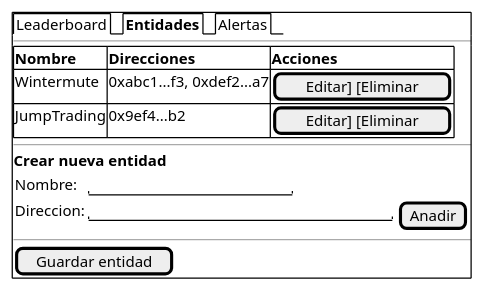
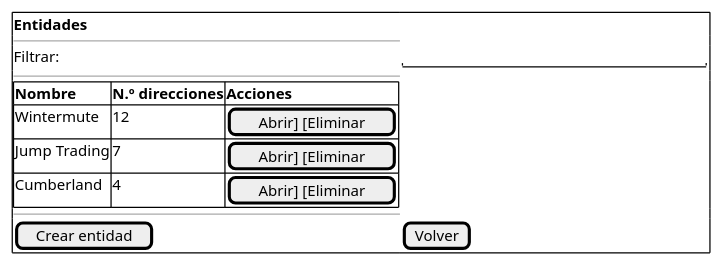
Before and after one commit to nekiiiiis/tfg: the diagram in modelosUML/capitulo2/prototipo-entidades.puml, drawn with PlantUML. The commit also changed 60 other files, not shown here.

First line of the commit message:
Actualiza capítulo 2: documentación, diagramas CU y prototipos.

```diff
--- a/modelosUML/capitulo2/prototipo-entidades.puml
+++ b/modelosUML/capitulo2/prototipo-entidades.puml
@@ -1,19 +1,16 @@
 @startsalt
 {+
-  {/ Leaderboard | <b>Entidades | Alertas }
+  <b>Entidades
+  ---
+  Filtrar: | "                              "
   ---
   {#
-    <b>Nombre      | <b>Direcciones                   | <b>Acciones
-    Wintermute  | 0xabc1...f3, 0xdef2...a7        | [Editar] [Eliminar]
-    JumpTrading | 0x9ef4...b2                     | [Editar] [Eliminar]
+    <b>Nombre        | <b>N.º direcciones | <b>Acciones
+    Wintermute     | 12                 | [Abrir] [Eliminar]
+    Jump Trading   | 7                  | [Abrir] [Eliminar]
+    Cumberland     | 4                  | [Abrir] [Eliminar]
   }
   ---
-  <b>Crear nueva entidad
-  {
-    Nombre:    | "                    "
-    Direccion: | "                              " | [Anadir]
-  }
-  ---
-  [Guardar entidad]
+  [Crear entidad] | [Volver]
 }
 @endsalt
```
